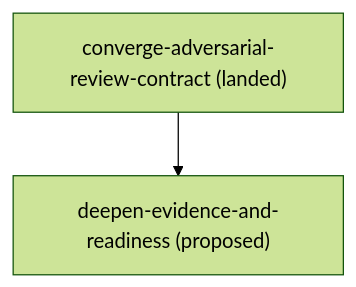
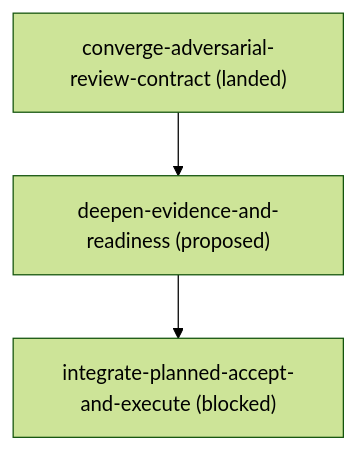
Before and after one commit to kli66/reviewed-change-orchestration: the diagram in docs/roadmap.md, drawn with Mermaid (forest theme). The commit also changed other lines of this file and 1 other file, not shown here.

Commit message:
docs: add new change item desc

````diff
--- a/docs/roadmap.md
+++ b/docs/roadmap.md
@@ -16,6 +16,8 @@
 ```mermaid
 flowchart TD
     converge_adversarial_review_contract["converge-adversarial-review-contract (landed)"]
     deepen_evidence_and_readiness["deepen-evidence-and-readiness (proposed)"]
+    integrate_planned_accept_and_execute["integrate-planned-accept-and-execute (blocked)"]
     converge_adversarial_review_contract --> deepen_evidence_and_readiness
+    deepen_evidence_and_readiness --> integrate_planned_accept_and_execute
 ```
````
